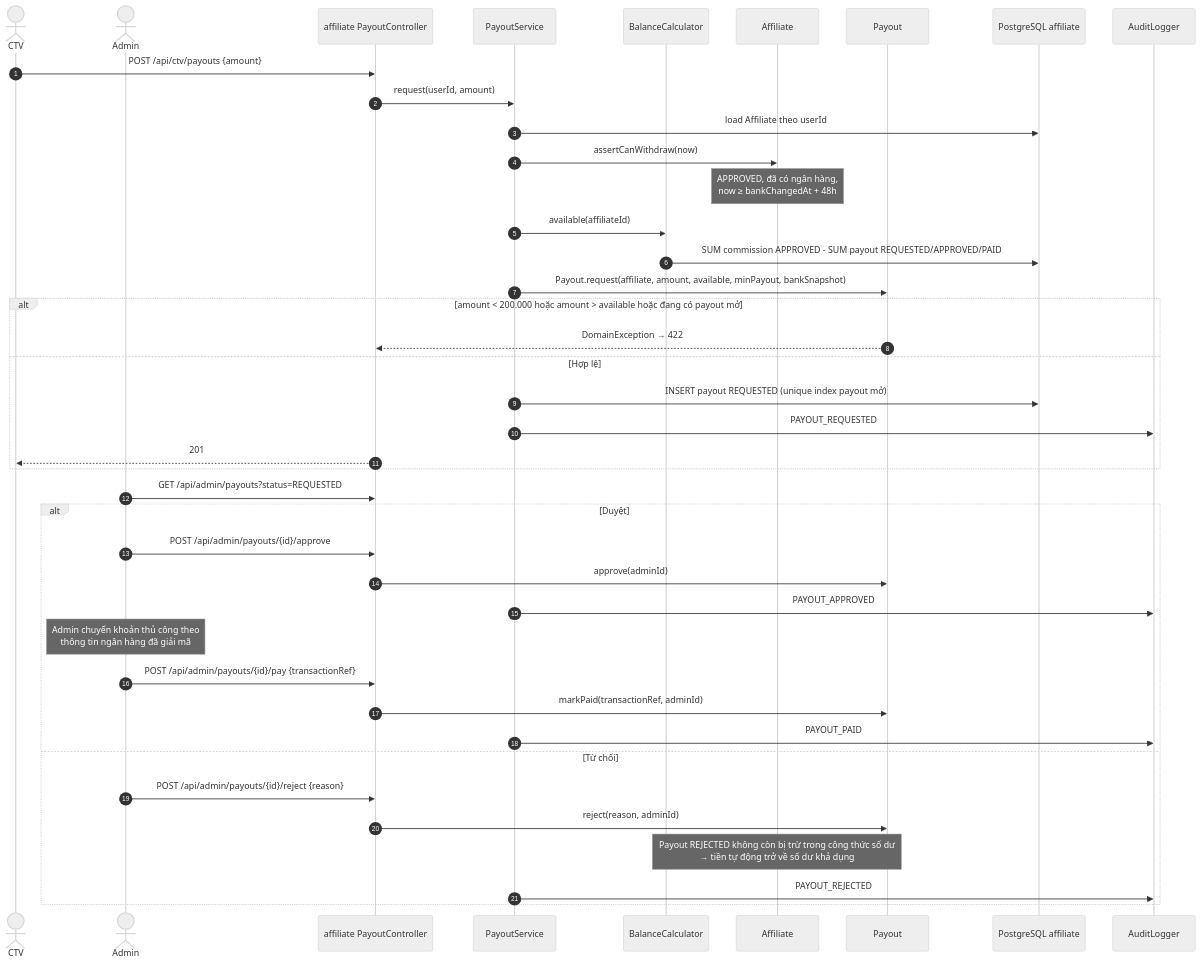
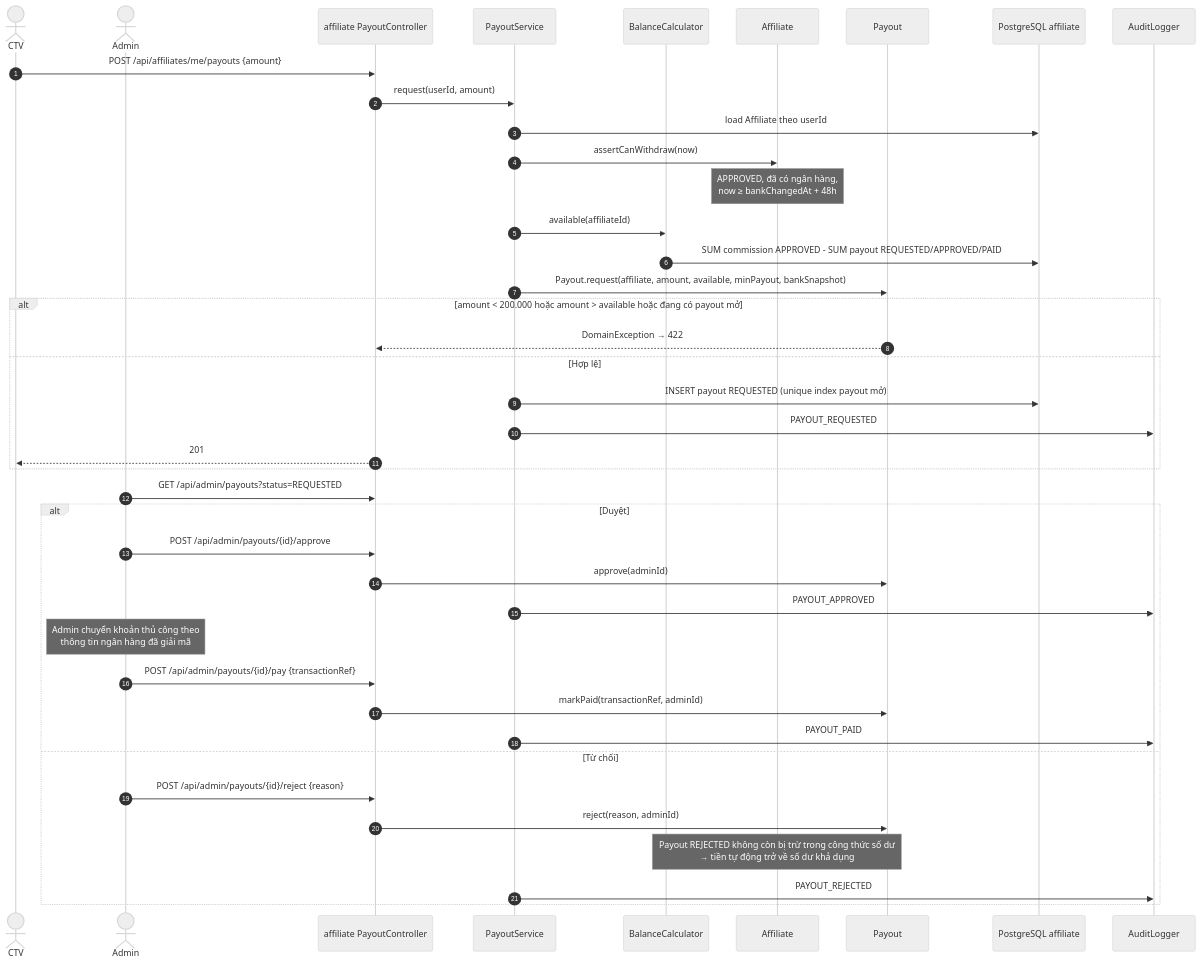
Before and after one commit to Vietnguyen203/Hwingroupweb: the seventh of 8 diagrams in docs/03-sequence-diagrams.md, drawn with Mermaid (neutral theme). The commit also changed other lines of this file and 415 other files, not shown here.

````diff
--- a/docs/03-sequence-diagrams.md
+++ b/docs/03-sequence-diagrams.md
@@ -387,45 +387,45 @@
 ```mermaid
 sequenceDiagram
     autonumber
     actor CTV
     actor A as Admin
     participant PC as affiliate PayoutController
     participant PS as PayoutService
     participant BC as BalanceCalculator
     participant AF as Affiliate
     participant P as Payout
     participant DB as PostgreSQL affiliate
     participant AUD as AuditLogger
 
-    CTV->>PC: POST /api/ctv/payouts {amount}
+    CTV->>PC: POST /api/affiliates/me/payouts {amount}
     PC->>PS: request(userId, amount)
     PS->>DB: load Affiliate theo userId
     PS->>AF: assertCanWithdraw(now)
     Note over AF: APPROVED, đã có ngân hàng,<br/>now ≥ bankChangedAt + 48h
     PS->>BC: available(affiliateId)
     BC->>DB: SUM commission APPROVED - SUM payout REQUESTED/APPROVED/PAID
     PS->>P: Payout.request(affiliate, amount, available, minPayout, bankSnapshot)
     alt amount < 200.000 hoặc amount > available hoặc đang có payout mở
         P-->>PC: DomainException → 422
     else Hợp lệ
         PS->>DB: INSERT payout REQUESTED (unique index payout mở)
         PS->>AUD: PAYOUT_REQUESTED
         PC-->>CTV: 201
     end
 
     A->>PC: GET /api/admin/payouts?status=REQUESTED
     alt Duyệt
         A->>PC: POST /api/admin/payouts/{id}/approve
         PC->>P: approve(adminId)
         PS->>AUD: PAYOUT_APPROVED
         Note over A: Admin chuyển khoản thủ công theo<br/>thông tin ngân hàng đã giải mã
         A->>PC: POST /api/admin/payouts/{id}/pay {transactionRef}
         PC->>P: markPaid(transactionRef, adminId)
         PS->>AUD: PAYOUT_PAID
     else Từ chối
         A->>PC: POST /api/admin/payouts/{id}/reject {reason}
         PC->>P: reject(reason, adminId)
         Note over P,BC: Payout REJECTED không còn bị trừ trong công thức số dư<br/>→ tiền tự động trở về số dư khả dụng
         PS->>AUD: PAYOUT_REJECTED
     end
 ```
````
